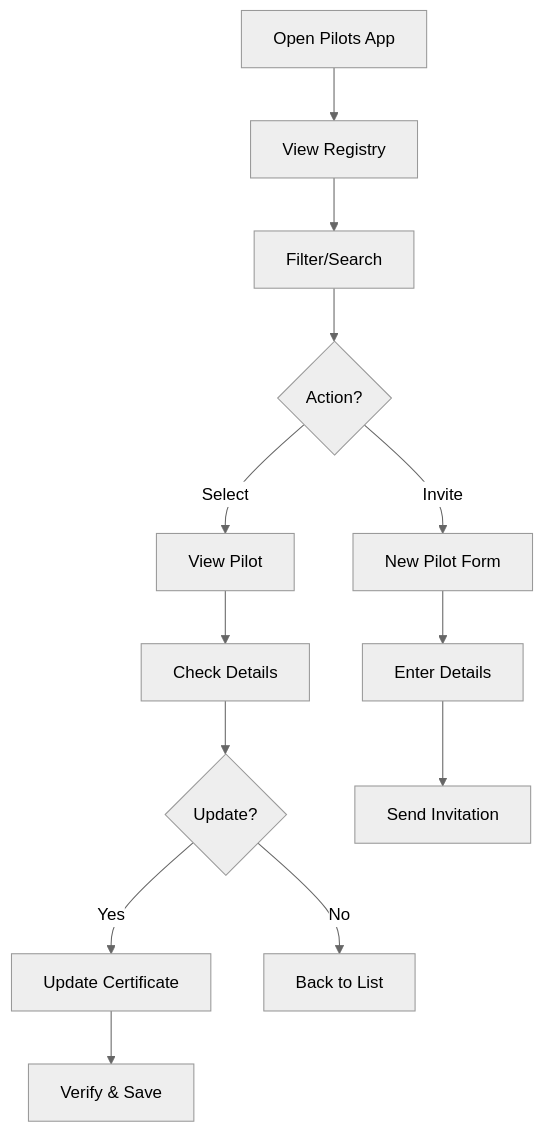
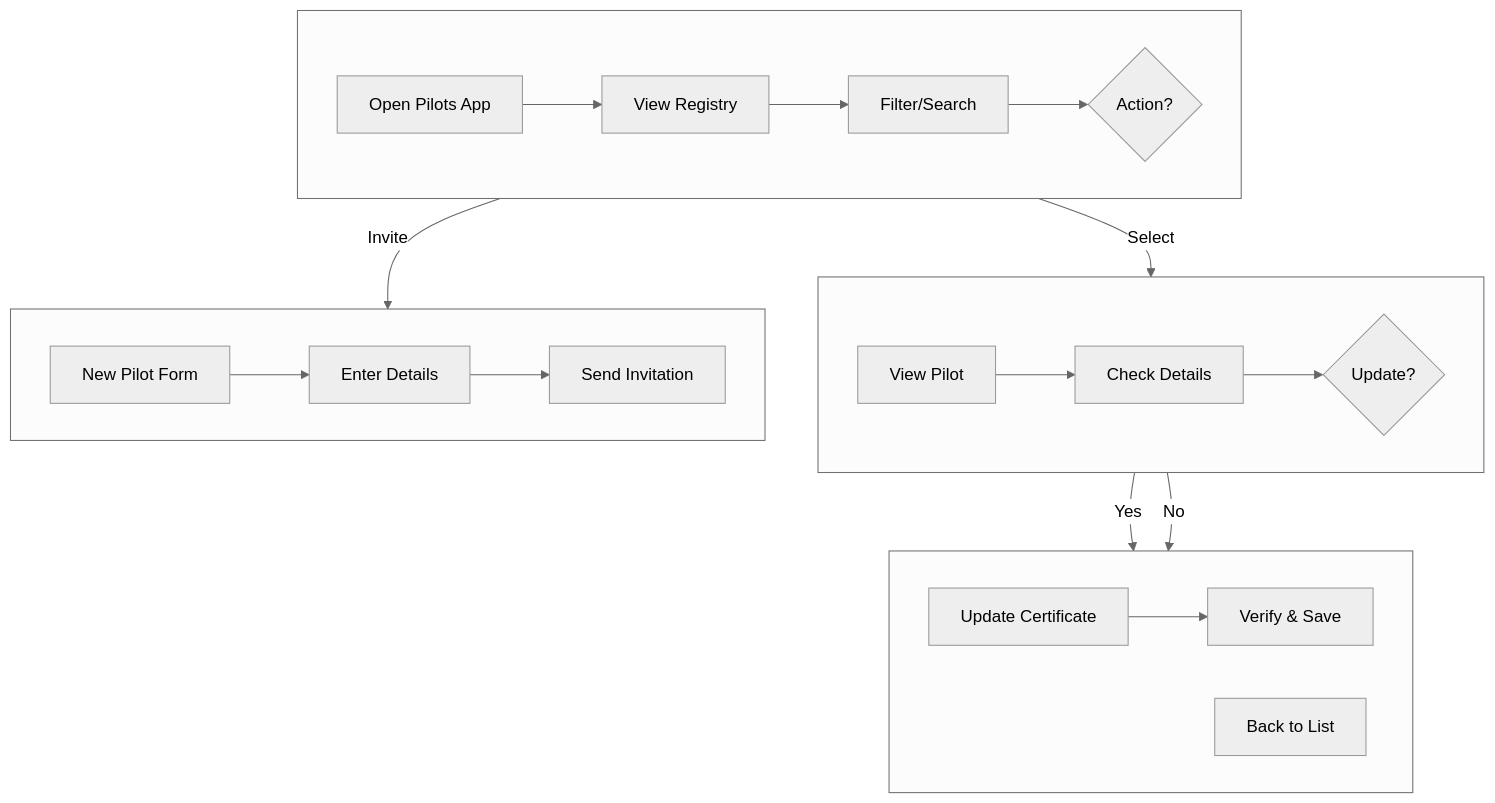
The eighth of 10 diagrams in docs/SEN3781_Assignment4_Information_Architecture_Report.md (RoundRobinHood/cogniflight-cloud), drawn with Mermaid (neutral theme) before and after one commit. The commit also changed other lines of this file, not shown here.

Commit message:
improved diagram readability

````diff
--- a/docs/SEN3781_Assignment4_Information_Architecture_Report.md
+++ b/docs/SEN3781_Assignment4_Information_Architecture_Report.md
@@ -372,11 +414,24 @@
 ```mermaid
-flowchart TD
-    A[Open Pilots App] --> B[View Registry]
-    B --> C[Filter/Search] --> D{Action?}
-    D -->|Select| E[View Pilot]
-    D -->|Invite| F[New Pilot Form]
-    E --> G[Check Details] --> H{Update?}
-    H -->|Yes| I[Update Certificate] --> K[Verify & Save]
-    H -->|No| J[Back to List]
-    F --> L[Enter Details] --> M[Send Invitation]
+flowchart TB
+    subgraph row1[" "]
+        direction LR
+        A[Open Pilots App] --> B[View Registry] --> C[Filter/Search] --> D{Action?}
+    end
+    subgraph row2[" "]
+        direction LR
+        E[View Pilot] --> G[Check Details] --> H{Update?}
+    end
+    subgraph row3[" "]
+        direction LR
+        I[Update Certificate] --> K[Verify & Save]
+        J[Back to List]
+    end
+    subgraph row4[" "]
+        direction LR
+        F[New Pilot Form] --> L[Enter Details] --> M[Send Invitation]
+    end
+    D -->|Select| E
+    D -->|Invite| F
+    H -->|Yes| I
+    H -->|No| J
 ```
````
